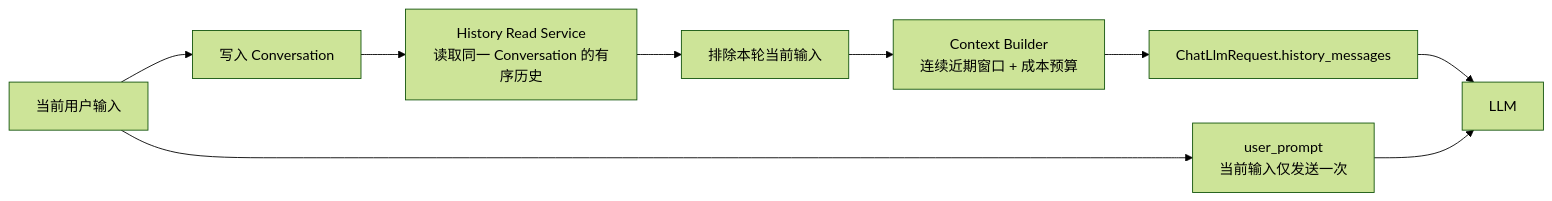
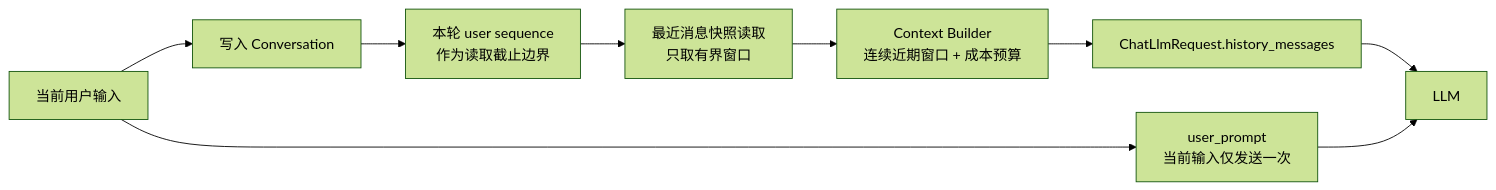
One commit to Hr222/go-agent-system changed the third of 4 diagrams in ARCHITECTURE.md. Above: the diagram before and after it, drawn with Mermaid (forest theme). The commit also changed other lines of this file and 18 other files, not shown here.

````diff
--- a/ARCHITECTURE.md
+++ b/ARCHITECTURE.md
@@ -195,14 +195,15 @@
 ```mermaid
 flowchart LR
     Input[当前用户输入] --> Persist[写入 Conversation]
-    Persist --> Read[History Read Service
-读取同一 Conversation 的有序历史]
-    Read --> Exclude[排除本轮当前输入]
-    Exclude --> Builder[Context Builder
+    Persist --> Boundary[本轮 user sequence
+作为读取截止边界]
+    Boundary --> Read[最近消息快照读取
+只取有界窗口]
+    Read --> Builder[Context Builder
 连续近期窗口 + 成本预算]
     Builder --> Request[ChatLlmRequest.history_messages]
     Input --> Prompt[user_prompt
 当前输入仅发送一次]
     Request --> LLM[LLM]
     Prompt --> LLM
 ```
````
